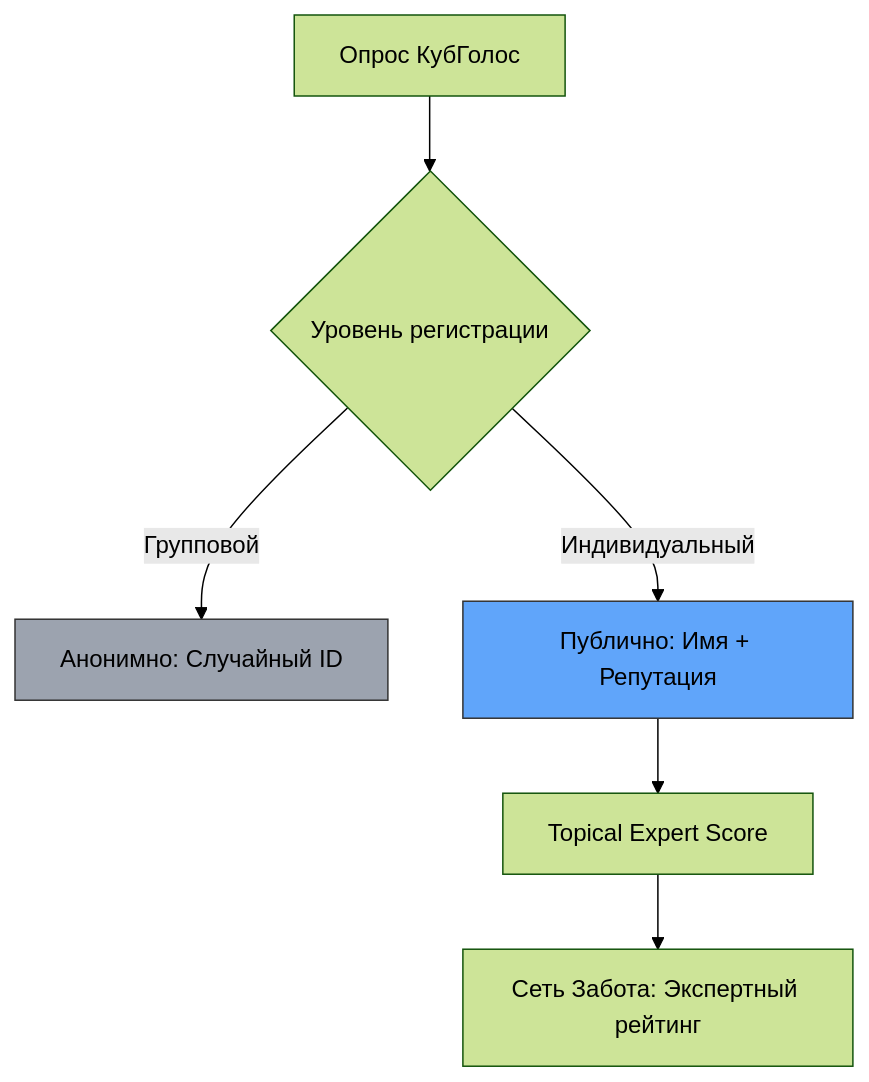
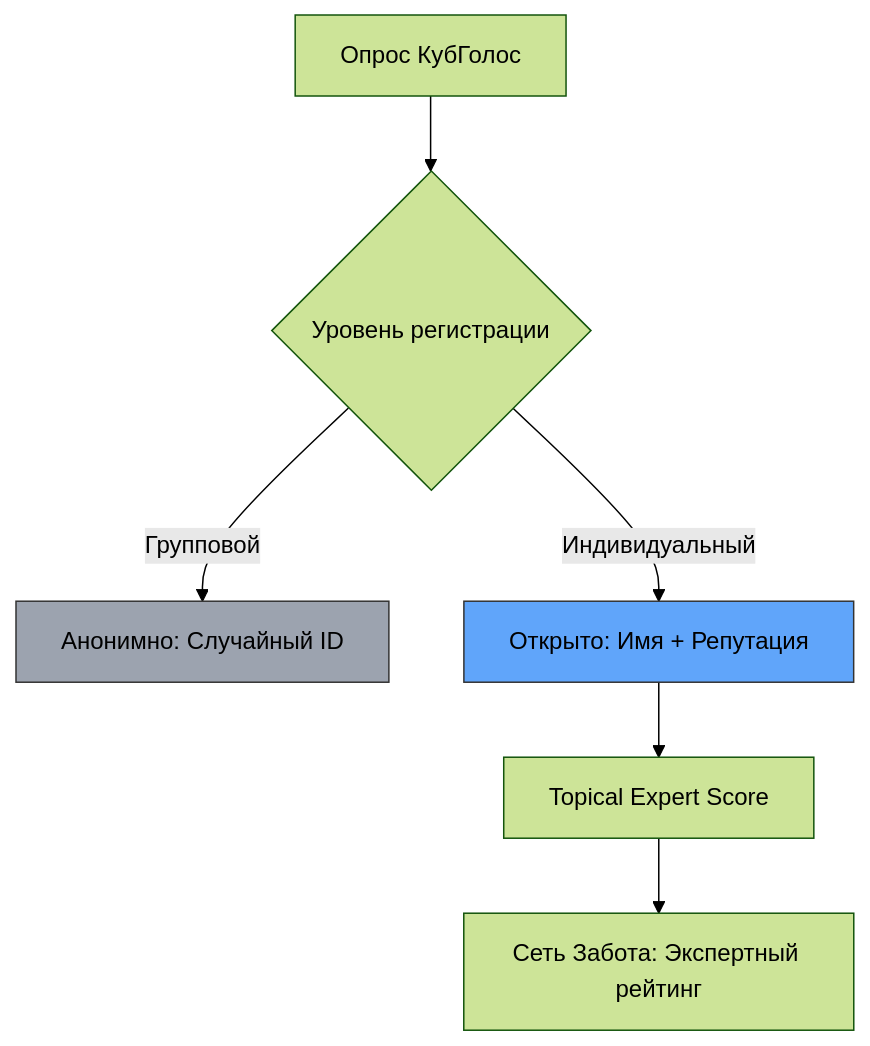
Before and after one commit to Data-Independence-Network/presentations: diagram 50 of 51 in shared_docs/Технический документ платформы Турбаза.md, drawn with Mermaid (forest theme). The commit also changed other lines of this file and 81 other files, not shown here.

````diff
--- a/shared_docs/Технический документ платформы Турбаза.md
+++ b/shared_docs/Технический документ платформы Турбаза.md
@@ -1426,12 +1426,12 @@
 ```mermaid
 graph TD
     Poll[Опрос КубГолос] --> Participation{Уровень регистрации}
     Participation -->|Групповой| Anon[Анонимно: Случайный ID]
-    Participation -->|Индивидуальный| Public[Публично: Имя + Репутация]
+    Participation -->|Индивидуальный| Public[Открыто: Имя + Репутация]
     
     Public --> Scoring[Topical Expert Score]
     Scoring --> Zhabota[Сеть Забота: Экспертный рейтинг]
     
     style Anon fill:#9ca3af,stroke:#333
     style Public fill:#60a5fa,stroke:#333
 ```
````
